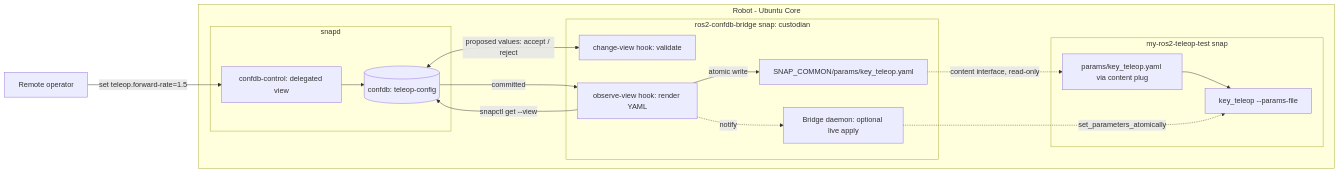
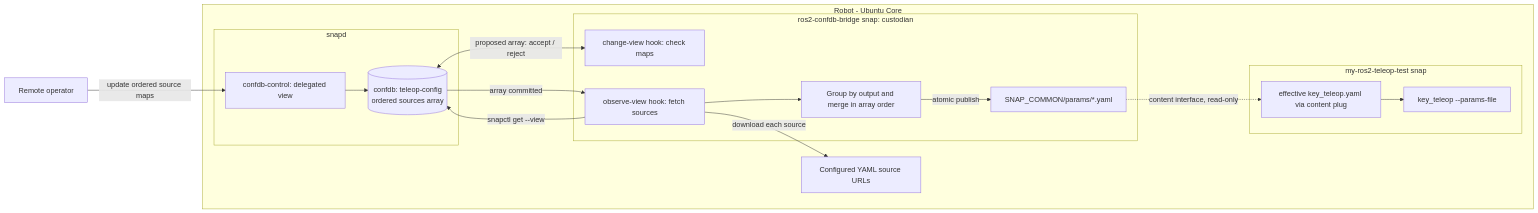
Before and after one commit to mehranrahmanzadeh/ros2-confdb-poc: the second of 3 diagrams in README.md, drawn with Mermaid. The commit also changed other lines of this file, not shown here.

````diff
--- a/README.md
+++ b/README.md
@@ -44,35 +47,36 @@
 ```mermaid
 flowchart LR
     Operator[Remote operator]
+    Sources[Configured YAML source URLs]
 
     subgraph Robot[Robot - Ubuntu Core]
         subgraph snapd
             Ctrl[confdb-control: delegated view]
-            DB[(confdb: teleop-config)]
+            DB[(confdb: teleop-config<br/>ordered sources array)]
         end
 
         subgraph Bridge[ros2-confdb-bridge snap: custodian]
-            Change[change-view hook: validate]
-            Observe[observe-view hook: render YAML]
-            Out[SNAP_COMMON/params/key_teleop.yaml]
-            Daemon[Bridge daemon: optional live apply]
+            Change[change-view hook: check maps]
+            Observe[observe-view hook: fetch sources]
+            Merge[Group by output and merge in array order]
+            Out[SNAP_COMMON/params/*.yaml]
         end
 
         subgraph App[my-ros2-teleop-test snap]
-            Params[params/key_teleop.yaml via content plug]
+            Params[effective key_teleop.yaml via content plug]
             Node[key_teleop --params-file]
         end
 
         Ctrl --> DB
-        DB <-->|proposed values: accept / reject| Change
-        DB -->|committed| Observe
+        DB <-->|proposed array: accept / reject| Change
+        DB -->|array committed| Observe
         Observe -->|snapctl get --view| DB
-        Observe -->|atomic write| Out
+        Observe -->|download each source| Sources
+        Observe --> Merge
+        Merge -->|atomic publish| Out
         Out -.->|content interface, read-only| Params
         Params --> Node
-        Observe -.->|notify| Daemon
-        Daemon -.->|set_parameters_atomically| Node
     end
 
-    Operator -->|set teleop.forward-rate=1.5| Ctrl
+    Operator -->|update ordered source maps| Ctrl
 ```
````
